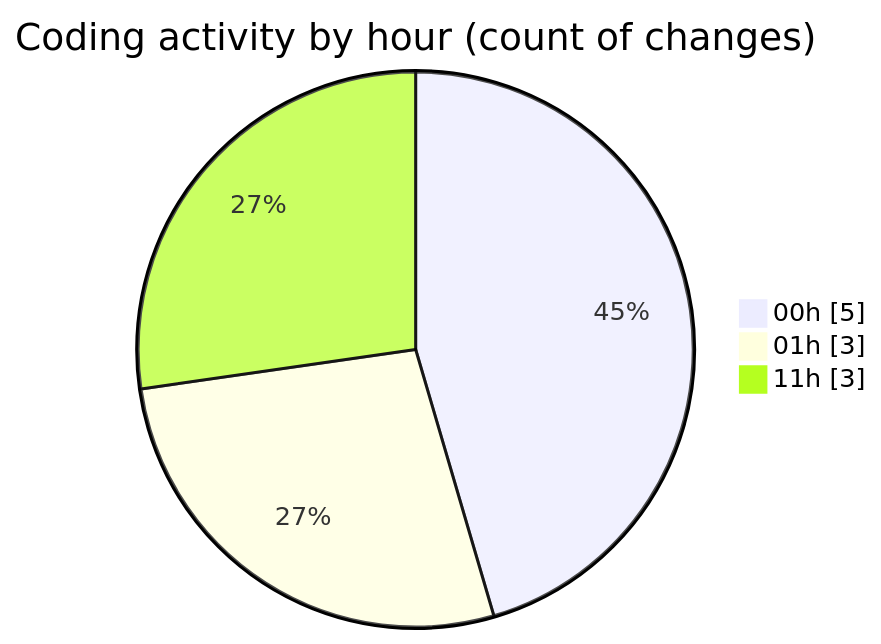
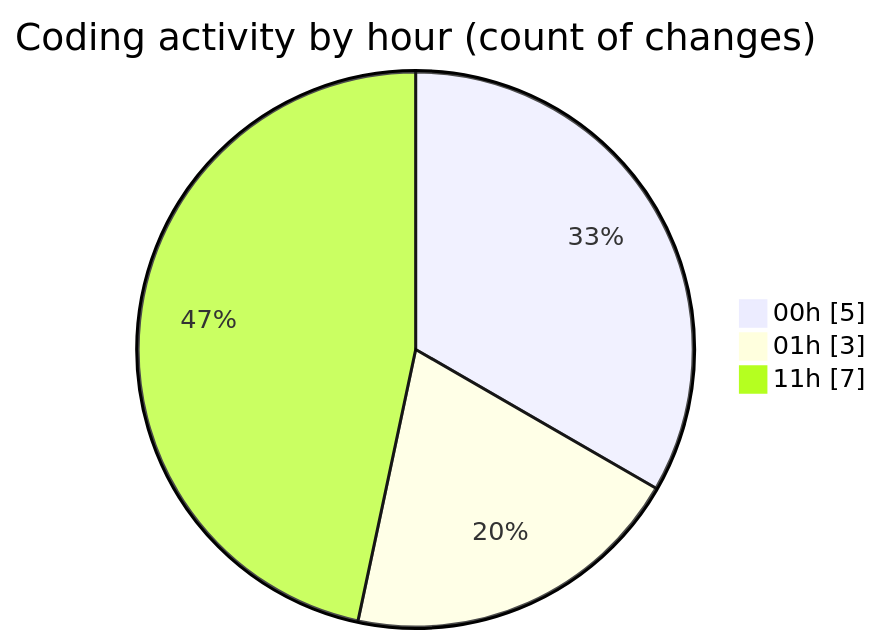
One commit to julien-gomy/code-tracking changed the second of 2 diagrams in 2025-11-16/cdp_aleoudev_fr__workspace_/README.md. Above: the diagram before and after it, drawn with Mermaid. The commit also changed other lines of this file and 1 other file, not shown here.

````diff
--- a/2025-11-16/cdp_aleoudev_fr__workspace_/README.md
+++ b/2025-11-16/cdp_aleoudev_fr__workspace_/README.md
@@ -34,7 +36,7 @@
 ```mermaid
 pie showData
 title Coding activity by hour (count of changes)
 "00h" : 5
 "01h" : 3
-"11h" : 3
+"11h" : 7
 ```
````
